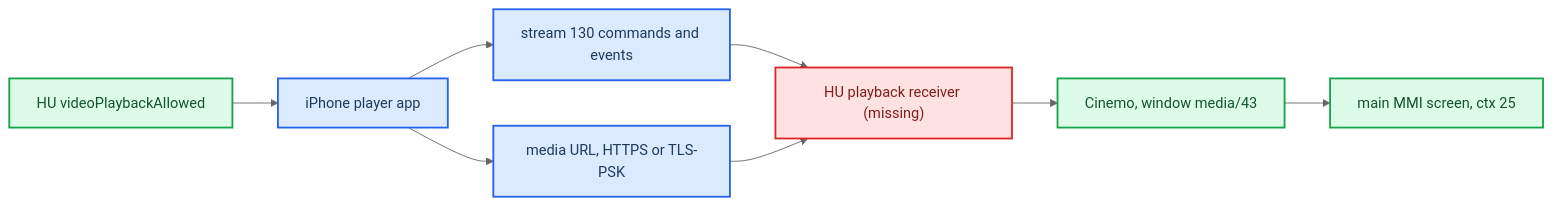
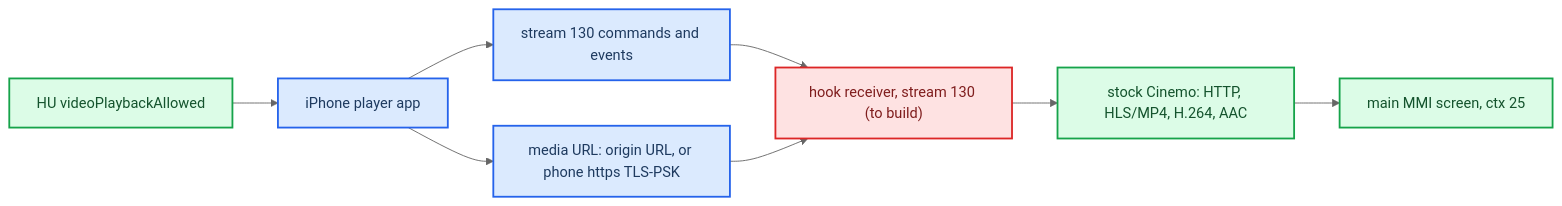
The first of 3 diagrams in docs/altscreen-and-video/CARPLAY_VIDEO_PLAYBACK.md (luka-dev/mib2q-carplay-rgi), drawn with Mermaid (neutral theme) before and after one commit. The commit also changed other lines of this file and 2 other files, not shown here.

First line of the commit message:
docs(carplay-video): not planned, partial only

````diff
--- a/docs/altscreen-and-video/CARPLAY_VIDEO_PLAYBACK.md
+++ b/docs/altscreen-and-video/CARPLAY_VIDEO_PLAYBACK.md
@@ -11,25 +22,25 @@
 ```mermaid
 flowchart LR
   accTitle: CarPlay Video architecture
-  accDescr: The iPhone player sends queue and rate commands over remote-control stream 130, the media comes from a URL that may be served by the iPhone over TLS-PSK, the head unit plays it locally and shows it on the main screen, and the head unit reports whether video is allowed.
+  accDescr: The iPhone player sends queue and rate commands over remote-control stream 130 to a receiver the hook must build, the media comes from a URL served by the iPhone, stock Cinemo fetches and decodes it into window 43 on the main MMI screen, and the head unit reports whether video is allowed.
   phone["iPhone player app"]
   rc["stream 130 commands and events"]
-  url["media URL, HTTPS or TLS-PSK"]
-  recv["HU playback receiver (missing)"]
-  cinemo["Cinemo, window media/43"]
+  url["media URL: origin URL, or phone https TLS-PSK"]
+  recv["hook receiver, stream 130 (to build)"]
+  cinemo["stock Cinemo: HTTP, HLS/MP4, H.264, AAC"]
   main["main MMI screen, ctx 25"]
   allow["HU videoPlaybackAllowed"]
   phone --> rc
   phone --> url
   rc --> recv
   url --> recv
   recv --> cinemo
   cinemo --> main
   allow --> phone
   classDef primary fill:#dbeafe,stroke:#2563eb,stroke-width:2px,color:#1e3a5f
   classDef danger fill:#fee2e2,stroke:#dc2626,stroke-width:2px,color:#7f1d1d
   classDef success fill:#dcfce7,stroke:#16a34a,stroke-width:2px,color:#14532d
   class phone,rc,url primary
   class recv danger
   class cinemo,main,allow success
 ```
````
